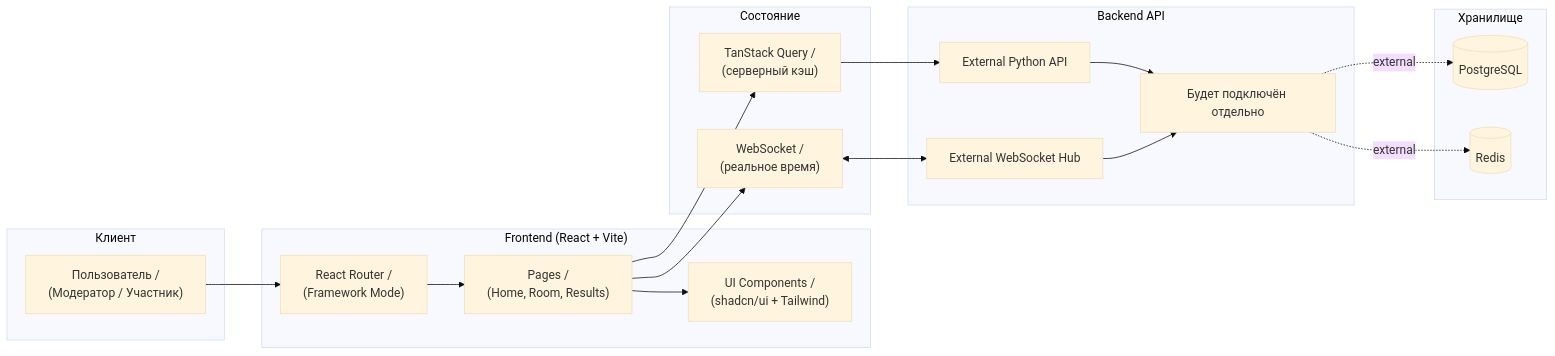
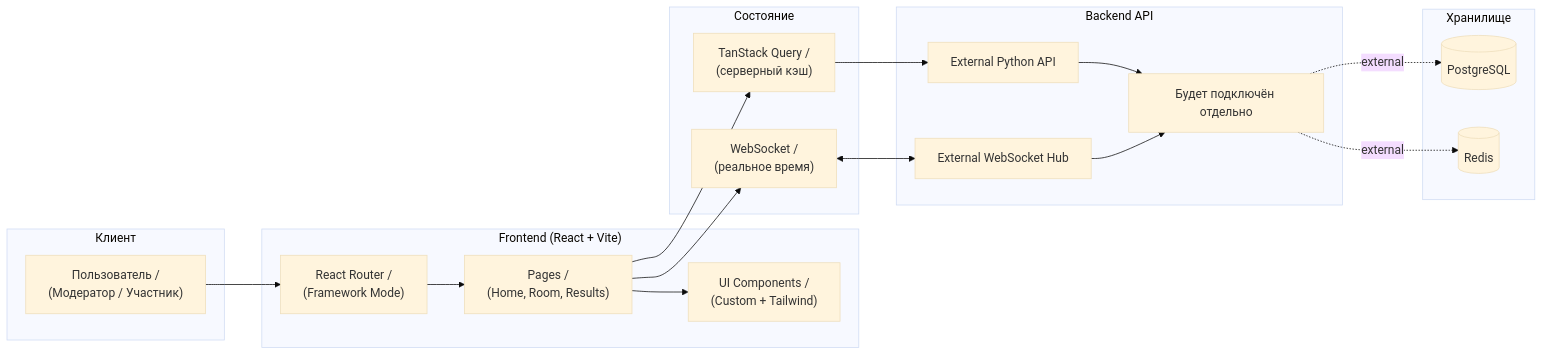
One commit to S-NOWNUM-B/-Pocker-Planning- changed the diagram in README.md. Above: the diagram before and after it, drawn with Mermaid (base theme).

Commit message:
fix: обновлено описание компонентов в документации README для уточнения использования кастомных UI компонентов

````diff
--- a/README.md
+++ b/README.md
@@ -79,40 +79,40 @@
 ```mermaid
 flowchart LR
     subgraph Client["Клиент"]
         User["Пользователь /\n(Модератор / Участник)"]
     end
 
     subgraph FE["Frontend (React + Vite)"]
         Router["React Router /\n(Framework Mode)"]
         Pages["Pages /\n(Home, Room, Results)"]
-        Components["UI Components /\n(shadcn/ui + Tailwind)"]
+        Components["UI Components /\n(Custom + Tailwind)"]
     end
 
     subgraph State["Состояние"]
         Query["TanStack Query /\n(серверный кэш)"]
         WS["WebSocket /\n(реальное время)"]
     end
 
     subgraph BE["Backend API"]
         REST["External Python API"]
         WSEndpoint["External WebSocket Hub"]
         Services["Будет подключён отдельно"]
     end
 
     subgraph Storage["Хранилище"]
         DB[("PostgreSQL")]
         Cache[("Redis")]
     end
 
     User --> Router
     Router --> Pages
     Pages --> Components
     Pages --> Query
     Pages --> WS
     Query --> REST
     WS <--> WSEndpoint
     REST --> Services
     WSEndpoint --> Services
     Services -. external .-> DB
     Services -. external .-> Cache
 ```
````
